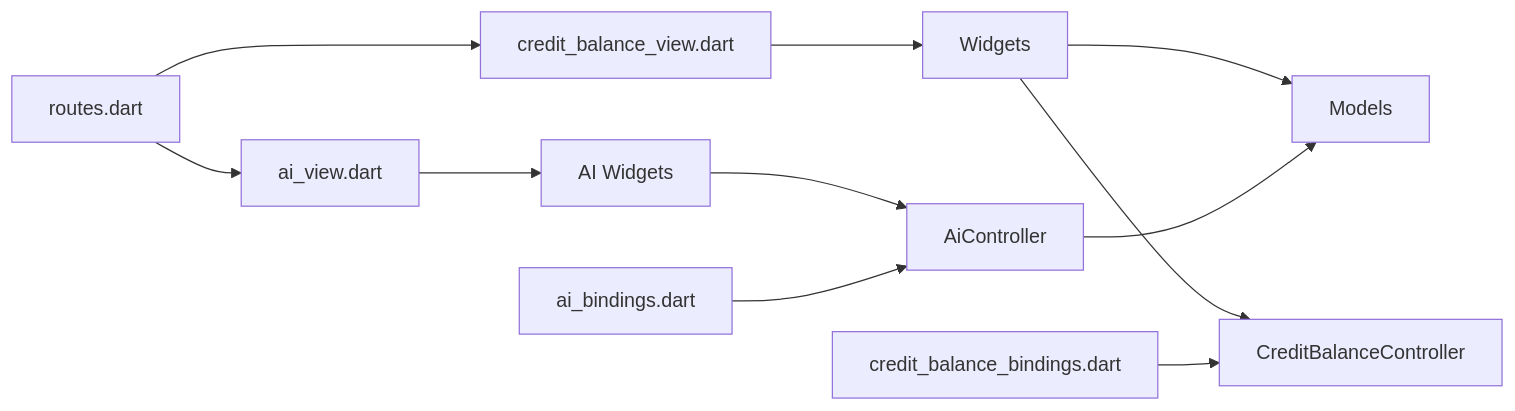
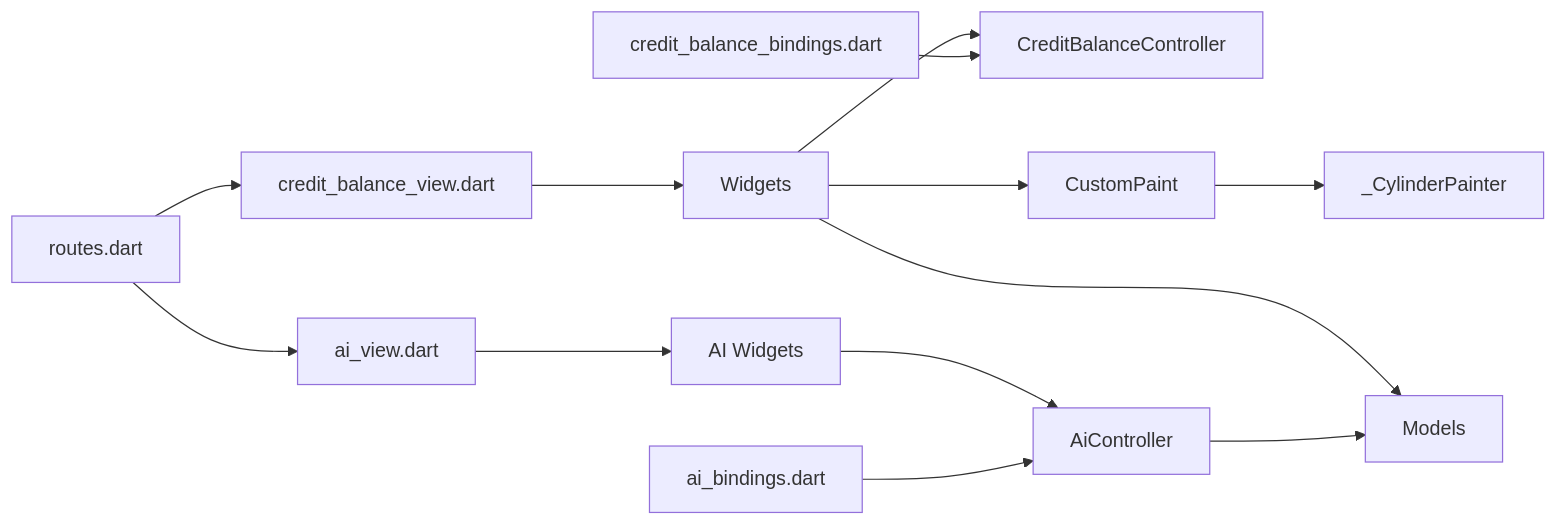
Before and after one commit to Ariful3111/FurniGo: diagram 15 of 15 in .qoder/repowiki/en/content/Core Features/User Profile Management/Credit Balance System.md, drawn with Mermaid. The commit also changed other lines of this file and 1 other file, not shown here.

````diff
--- a/.qoder/repowiki/en/content/Core Features/User Profile Management/Credit Balance System.md
+++ b/.qoder/repowiki/en/content/Core Features/User Profile Management/Credit Balance System.md
@@ -550,13 +682,15 @@
 ```mermaid
 graph LR
 Routes["routes.dart"] --> View["credit_balance_view.dart"]
 Routes --> AIView["ai_view.dart"]
 View --> Widgets["Widgets"]
 AIView --> AIWidgets["AI Widgets"]
 Widgets --> Models["Models"]
 Widgets --> Controller["CreditBalanceController"]
+Widgets --> CustomPaint["CustomPaint"]
+CustomPaint --> CustomPainter["_CylinderPainter"]
 AIWidgets --> AIController["AiController"]
 AIController --> Models
 Binding["credit_balance_bindings.dart"] --> Controller
 AIBinding["ai_bindings.dart"] --> AIController
 ```
````
